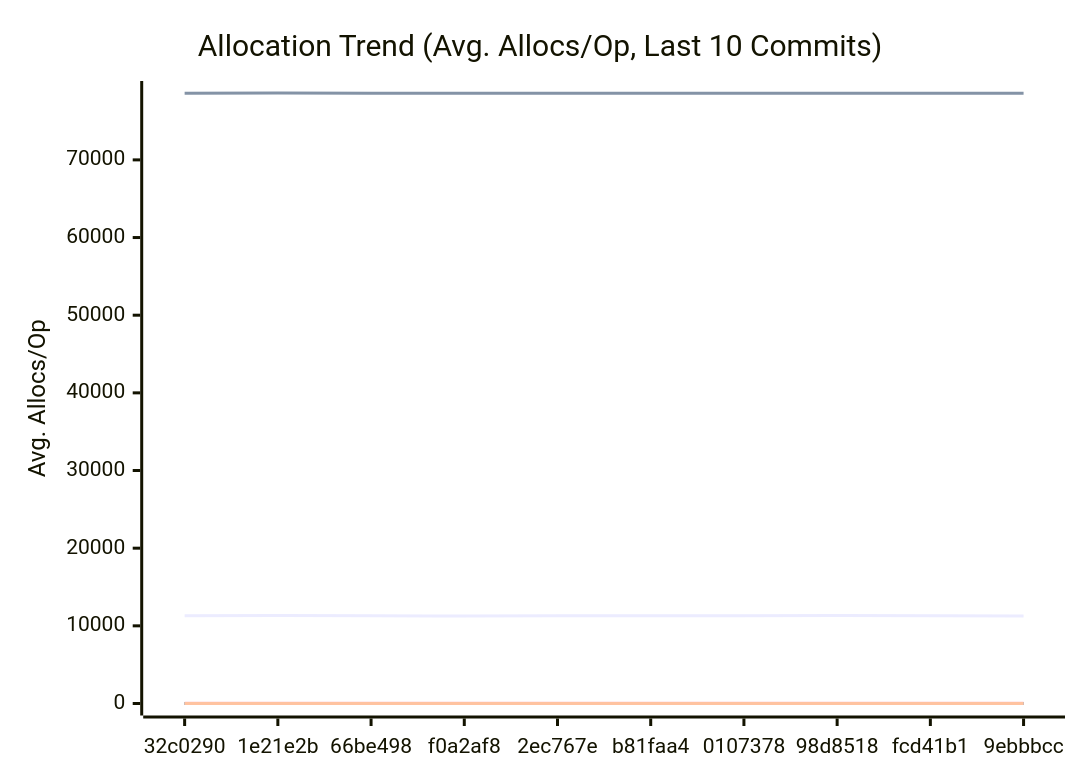
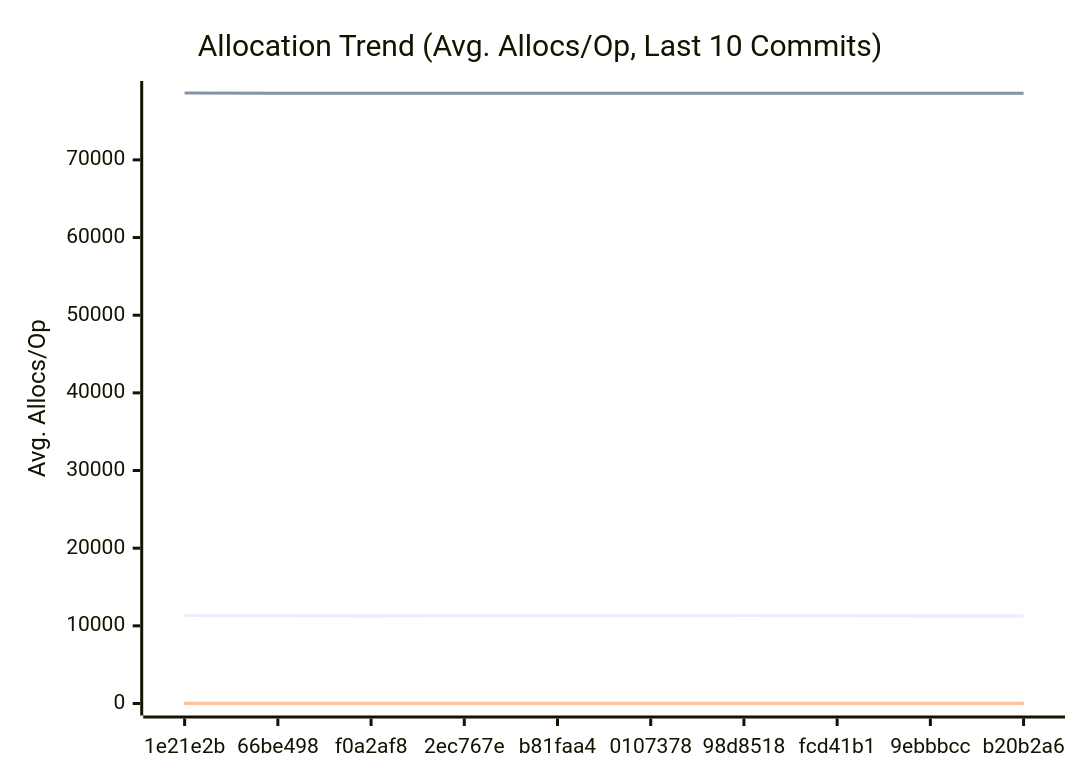
One commit to alsotoes/momo changed the third of 3 diagrams in docs/PERFORMANCE.md. Above: the diagram before and after it, drawn with Mermaid. The commit also changed other lines of this file and 3 other files, not shown here.

````diff
--- a/docs/PERFORMANCE.md
+++ b/docs/PERFORMANCE.md
@@ -197,20 +197,20 @@
 ```mermaid
 xychart-beta
     title "Allocation Trend (Avg. Allocs/Op, Last 10 Commits)"
     x-axis "Commit"
     y-axis "Avg. Allocs/Op"
-    x-axis [32c0290,1e21e2b,66be498,f0a2af8,2ec767e,b81faa4,0107378,98d8518,fcd41b1,9ebbbcc]
-    line "AWSChunkedReaderSigned" [11290,11320,11284,11279,11295,11290,11295,11316,11296,11282]
-    line "AWSChunkedReaderUnsigned" [78594,78612,78570,78565,78569,78578,78577,78586,78573,78566]
+    x-axis [1e21e2b,66be498,f0a2af8,2ec767e,b81faa4,0107378,98d8518,fcd41b1,9ebbbcc,b20b2a6]
+    line "AWSChunkedReaderSigned" [11320,11284,11279,11295,11290,11295,11316,11296,11282,11278]
+    line "AWSChunkedReaderUnsigned" [78612,78570,78565,78569,78578,78577,78586,78573,78566,78584]
     line "CheckMetricsAndSwap" [0,0,0,0,0,0,0,0,0,0]
     line "CrushOptimized" [0,0,0,0,0,0,0,0,0,0]
     line "CrushOriginal" [3,3,3,3,3,3,3,3,3,3]
     line "IndexDirectTracking" [0,0,0,0,0,0,0,0,0,0]
     line "IndexSearch" [0,0,0,0,0,0,0,0,0,0]
     line "LoadGlobalConfig" [46,46,46,46,46,46,46,46,46,46]
     line "PadString" [1,1,1,1,1,1,1,1,1,1]
     line "ParseReplicationOrder_NoPrealloc" [6,6,6,6,6,5,5,5,5,5]
     line "ParseReplicationOrder_Prealloc" [2,2,2,2,2,1,1,1,1,1]
     line "SanitizeLog/Safe" [0,0,0,0,0,0,0,0,0,0]
     line "SanitizeLog/Unsafe" [1,1,1,1,1,1,1,1,1,1]
 ```
````
